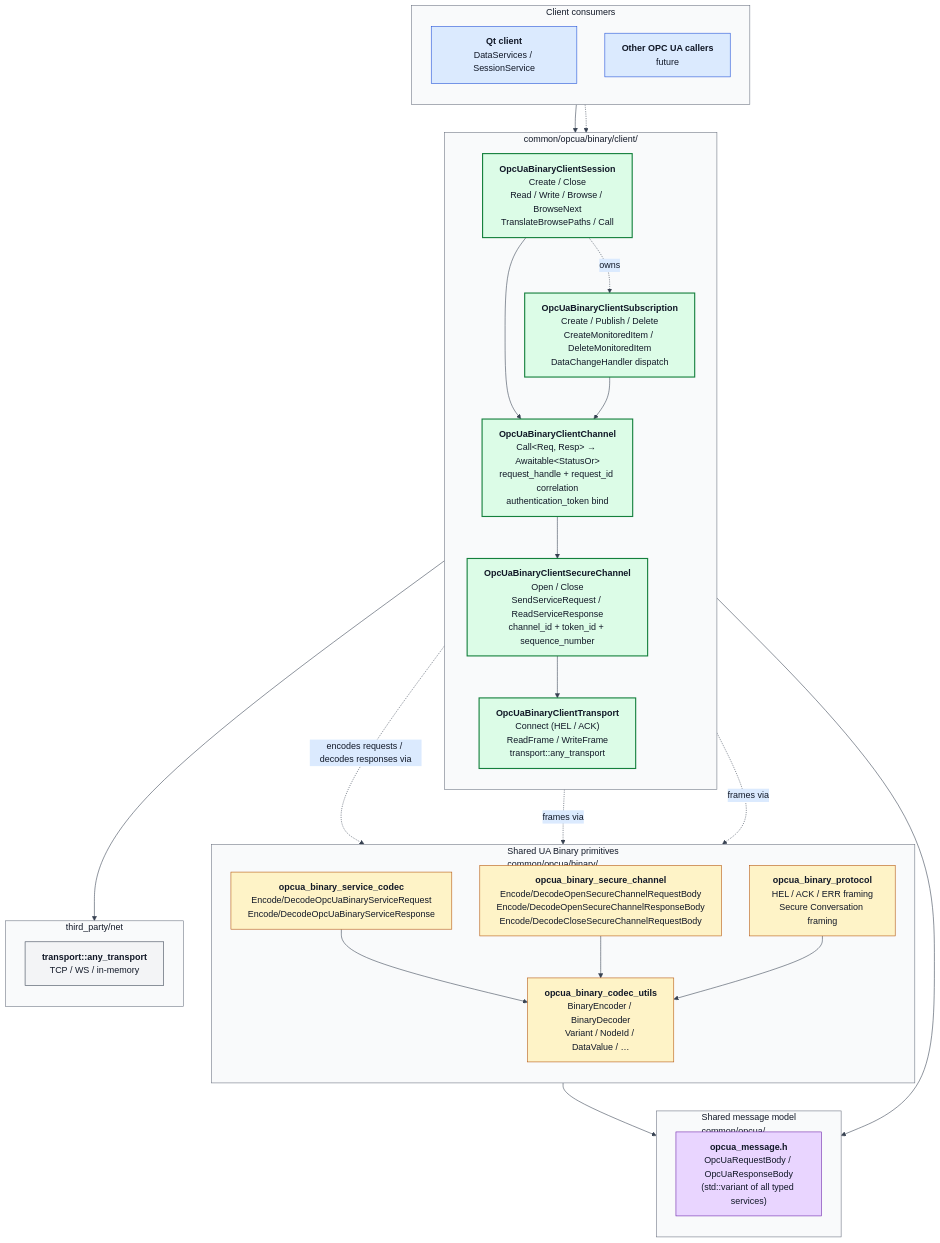
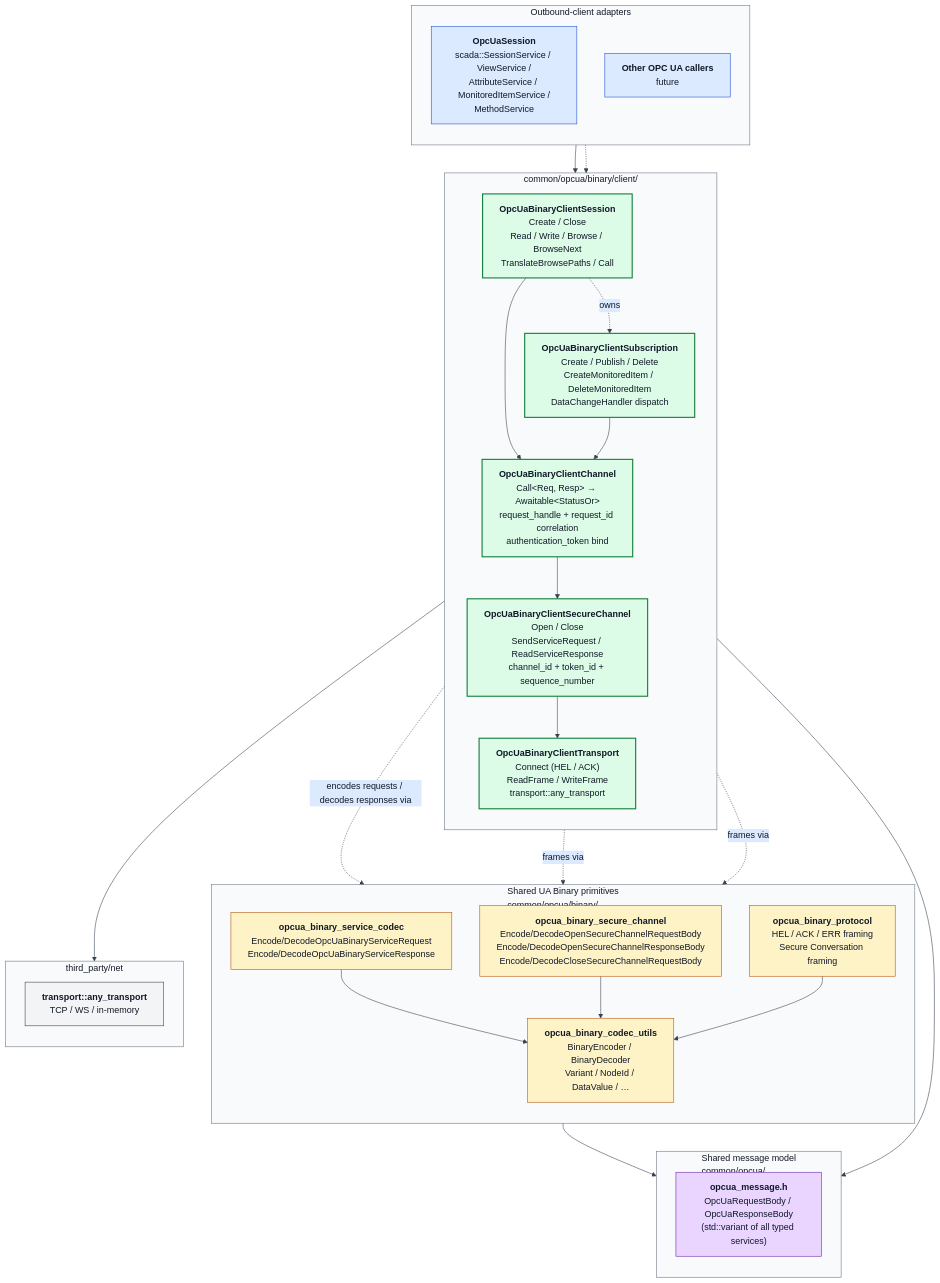
The diagram in docs/diagrams/opcua_binary_client_architecture.mmd (alexsmn/scada-common), drawn with Mermaid before and after one commit. The commit also changed 2 other files, not shown here.

Commit message:
Drop Qt references from common/ OPC UA docs
common/ is the shared SCADA/OPC UA library and shouldn't leak
knowledge of the consuming UI toolkit. Replace every "Qt-client-facing"
phrase in the OpcUaSession / OpcUaSubscription / OpcUaMonitoredItem
descriptions with the neutral "outbound-client" framing and rename the
endpoint-targeting label from "Qt/native/3rd-party OPC UA clients" to
"Native / 3rd-party OPC UA clients".

Same fix in the client-architecture diagram: the consumer-side node is
now labelled with the neutral "OpcUaSession over scada::*Service"
surface instead of naming a Qt client, and the cluster header is
"Outbound-client adapters". SVG regenerated.

```diff
--- a/docs/diagrams/opcua_binary_client_architecture.mmd
+++ b/docs/diagrams/opcua_binary_client_architecture.mmd
@@ -1,83 +1,83 @@
 %%{init: {
   'theme': 'base',
   'themeVariables': {
     'background': '#ffffff',
     'primaryColor': '#f3f4f6',
     'primaryBorderColor': '#374151',
     'primaryTextColor': '#111827',
     'secondaryColor': '#dbeafe',
     'secondaryBorderColor': '#1d4ed8',
     'secondaryTextColor': '#111827',
     'tertiaryColor': '#dcfce7',
     'tertiaryBorderColor': '#15803d',
     'tertiaryTextColor': '#111827',
     'lineColor': '#374151',
     'defaultLinkColor': '#374151',
     'clusterBkg': '#f9fafb',
     'clusterBorder': '#6b7280',
     'titleColor': '#111827'
   },
   'flowchart': {'htmlLabels': true}
 }}%%
 flowchart TB
-    subgraph Consumers["Client consumers"]
+    subgraph Consumers["Outbound-client adapters"]
         direction TB
-        QT["<b>Qt client</b><br/>DataServices / SessionService"]
+        QT["<b>OpcUaSession</b><br/>scada::SessionService / ViewService /<br/>AttributeService / MonitoredItemService /<br/>MethodService"]
         OTHER["<b>Other OPC UA callers</b><br/>future"]
     end
 
     subgraph Client["common/opcua/binary/client/"]
         direction TB
         SESS["<b>OpcUaBinaryClientSession</b><br/>Create / Close<br/>Read / Write / Browse / BrowseNext<br/>TranslateBrowsePaths / Call"]
         SUB["<b>OpcUaBinaryClientSubscription</b><br/>Create / Publish / Delete<br/>CreateMonitoredItem / DeleteMonitoredItem<br/>DataChangeHandler dispatch"]
         CHAN["<b>OpcUaBinaryClientChannel</b><br/>Call&lt;Req, Resp&gt; → Awaitable&lt;StatusOr&gt;<br/>request_handle + request_id correlation<br/>authentication_token bind"]
         SC["<b>OpcUaBinaryClientSecureChannel</b><br/>Open / Close<br/>SendServiceRequest / ReadServiceResponse<br/>channel_id + token_id + sequence_number"]
         TRANS["<b>OpcUaBinaryClientTransport</b><br/>Connect (HEL / ACK)<br/>ReadFrame / WriteFrame<br/>transport::any_transport"]
     end
 
     subgraph Shared["Shared UA Binary primitives<br/>common/opcua/binary/"]
         direction TB
         SVC["<b>opcua_binary_service_codec</b><br/>Encode/DecodeOpcUaBinaryServiceRequest<br/>Encode/DecodeOpcUaBinaryServiceResponse"]
         SECCODEC["<b>opcua_binary_secure_channel</b><br/>Encode/DecodeOpenSecureChannelRequestBody<br/>Encode/DecodeOpenSecureChannelResponseBody<br/>Encode/DecodeCloseSecureChannelRequestBody"]
         PROTO["<b>opcua_binary_protocol</b><br/>HEL / ACK / ERR framing<br/>Secure Conversation framing"]
         UTILS["<b>opcua_binary_codec_utils</b><br/>BinaryEncoder / BinaryDecoder<br/>Variant / NodeId / DataValue / …"]
     end
 
     subgraph Model["Shared message model<br/>common/opcua/"]
         direction TB
         MSG["<b>opcua_message.h</b><br/>OpcUaRequestBody / OpcUaResponseBody<br/>(std::variant of all typed services)"]
     end
 
     subgraph Net["third_party/net"]
         direction TB
         ANY["<b>transport::any_transport</b><br/>TCP / WS / in-memory"]
     end
 
     QT --> SESS
     OTHER -.-> SESS
     SESS --> CHAN
     SESS -.owns.-> SUB
     SUB --> CHAN
     CHAN --> SC
     SC --> TRANS
     TRANS --> ANY
 
     CHAN -.encodes requests / decodes responses via.-> SVC
     SC -.frames via.-> SECCODEC
     TRANS -.frames via.-> PROTO
     SVC --> UTILS
     SECCODEC --> UTILS
     PROTO --> UTILS
     SVC --> MSG
     CHAN --> MSG
 
     classDef consumerStyle fill:#dbeafe,stroke:#1d4ed8,color:#111827
     classDef clientStyle fill:#dcfce7,stroke:#15803d,color:#111827,stroke-width:2px
     classDef sharedStyle fill:#fef3c7,stroke:#b45309,color:#111827
     classDef modelStyle fill:#e9d5ff,stroke:#6b21a8,color:#111827
     classDef netStyle fill:#f3f4f6,stroke:#374151,color:#111827
     class QT,OTHER consumerStyle
     class SESS,SUB,CHAN,SC,TRANS clientStyle
     class SVC,SECCODEC,PROTO,UTILS sharedStyle
     class MSG modelStyle
     class ANY netStyle
```
